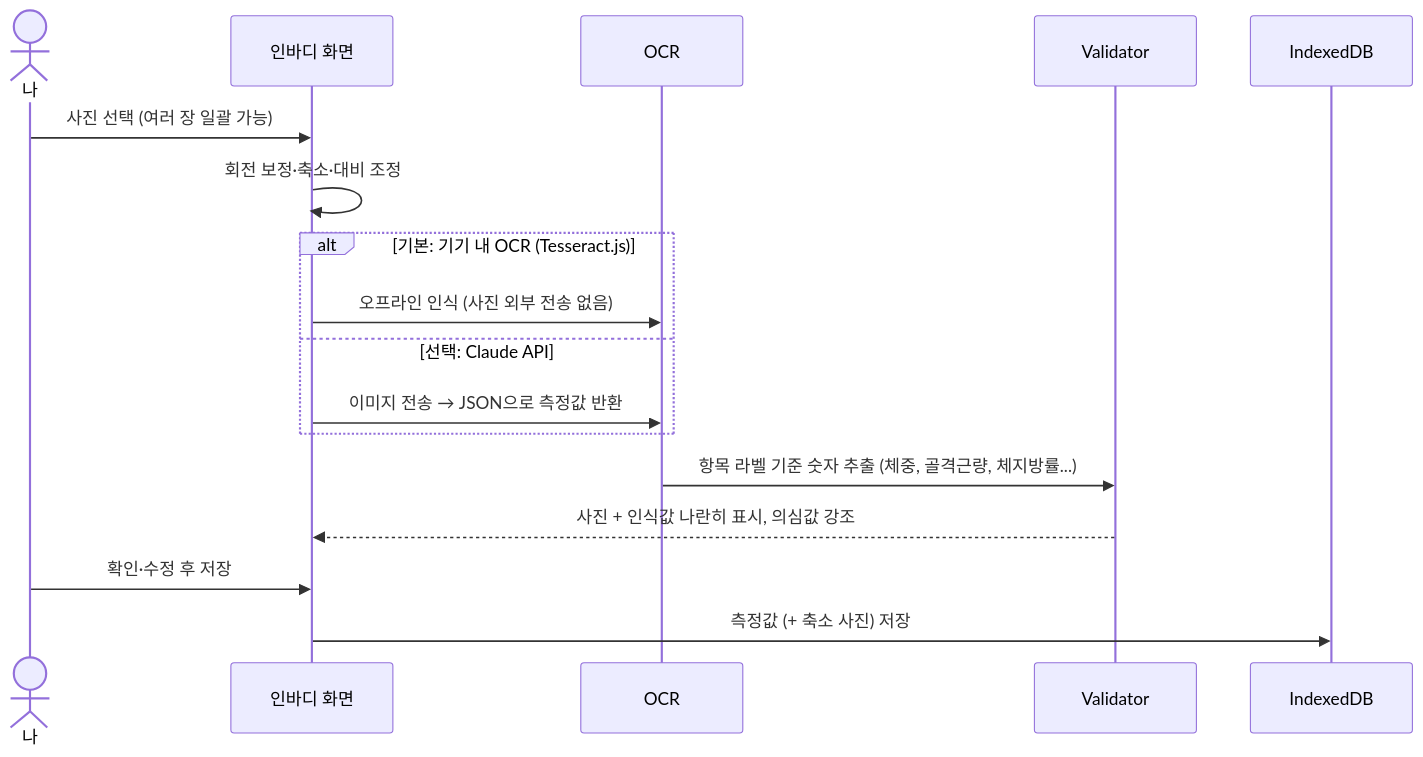
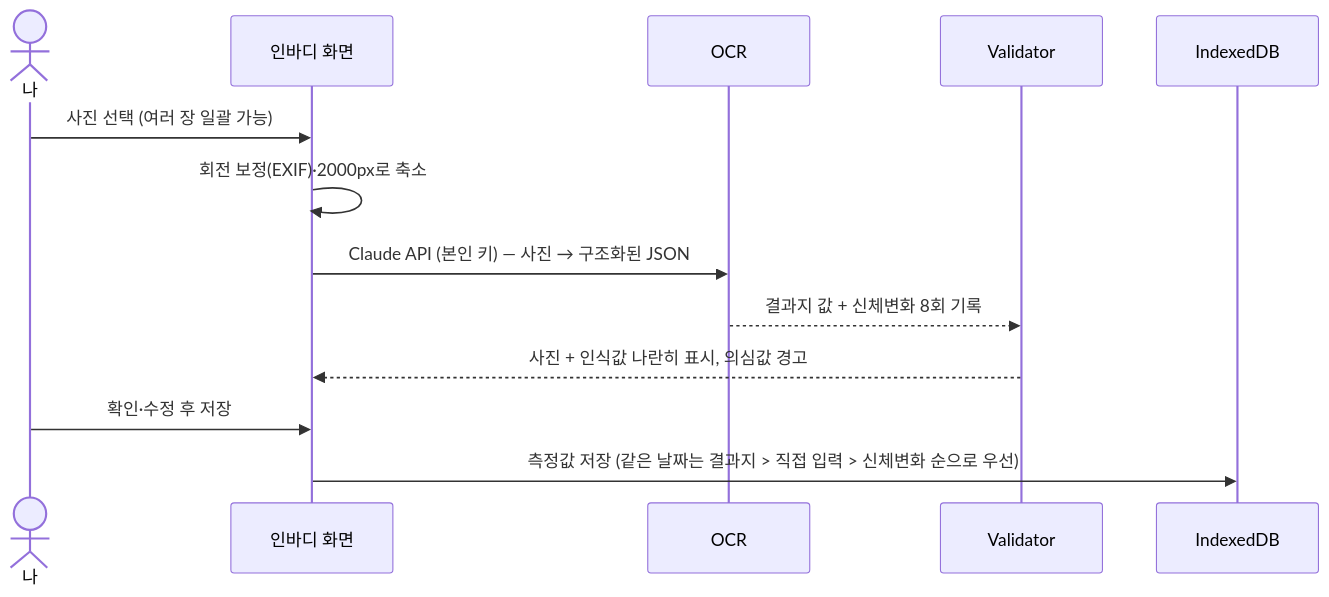
One commit to y2j1004-run/003.workout_mgmt changed the fifth of 6 diagrams in docs/ARCHITECTURE.md. Above: the diagram before and after it, drawn with Mermaid. The commit also changed other lines of this file and 10 other files, not shown here.

````diff
--- a/docs/ARCHITECTURE.md
+++ b/docs/ARCHITECTURE.md
@@ -221,20 +221,16 @@
 ```mermaid
 sequenceDiagram
     actor U as 나
     participant I as 인바디 화면
     participant O as OCR
     participant V as Validator
     participant DB as IndexedDB
 
     U->>I: 사진 선택 (여러 장 일괄 가능)
-    I->>I: 회전 보정·축소·대비 조정
-    alt 기본: 기기 내 OCR (Tesseract.js)
-        I->>O: 오프라인 인식 (사진 외부 전송 없음)
-    else 선택: Claude API
-        I->>O: 이미지 전송 → JSON으로 측정값 반환
-    end
-    O->>V: 항목 라벨 기준 숫자 추출 (체중, 골격근량, 체지방률...)
-    V-->>I: 사진 + 인식값 나란히 표시, 의심값 강조
+    I->>I: 회전 보정(EXIF)·2000px로 축소
+    I->>O: Claude API (본인 키) — 사진 → 구조화된 JSON
+    O-->>V: 결과지 값 + 신체변화 8회 기록
+    V-->>I: 사진 + 인식값 나란히 표시, 의심값 경고
     U->>I: 확인·수정 후 저장
-    I->>DB: 측정값 (+ 축소 사진) 저장
+    I->>DB: 측정값 저장 (같은 날짜는 결과지 > 직접 입력 > 신체변화 순으로 우선)
 ```
````
